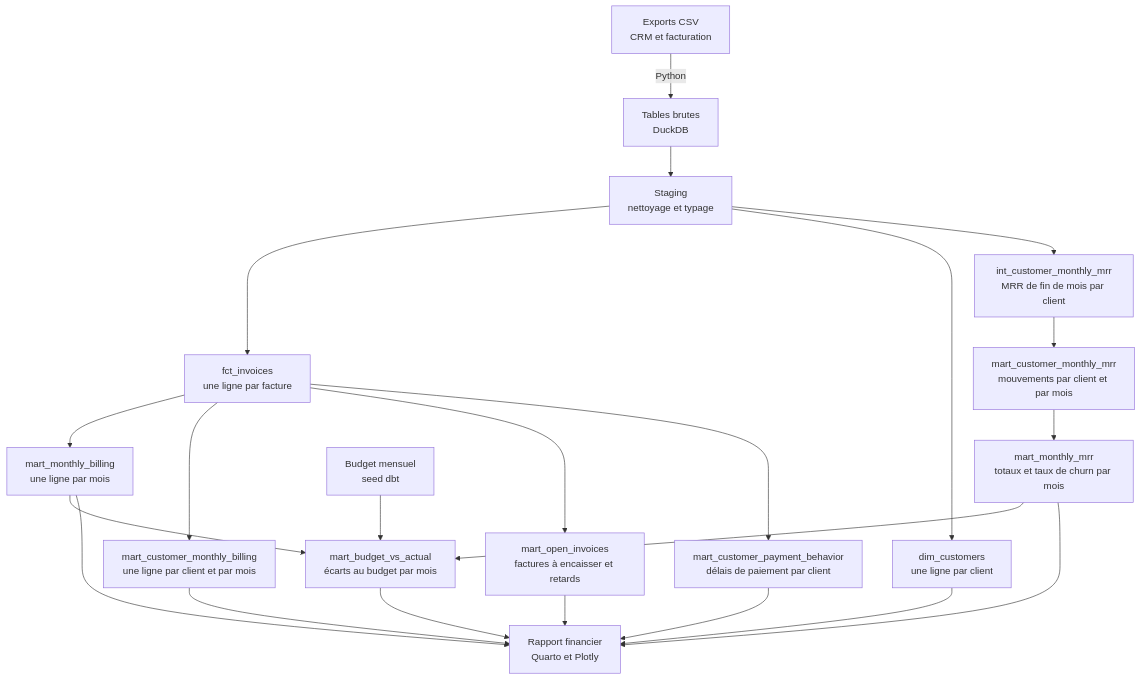
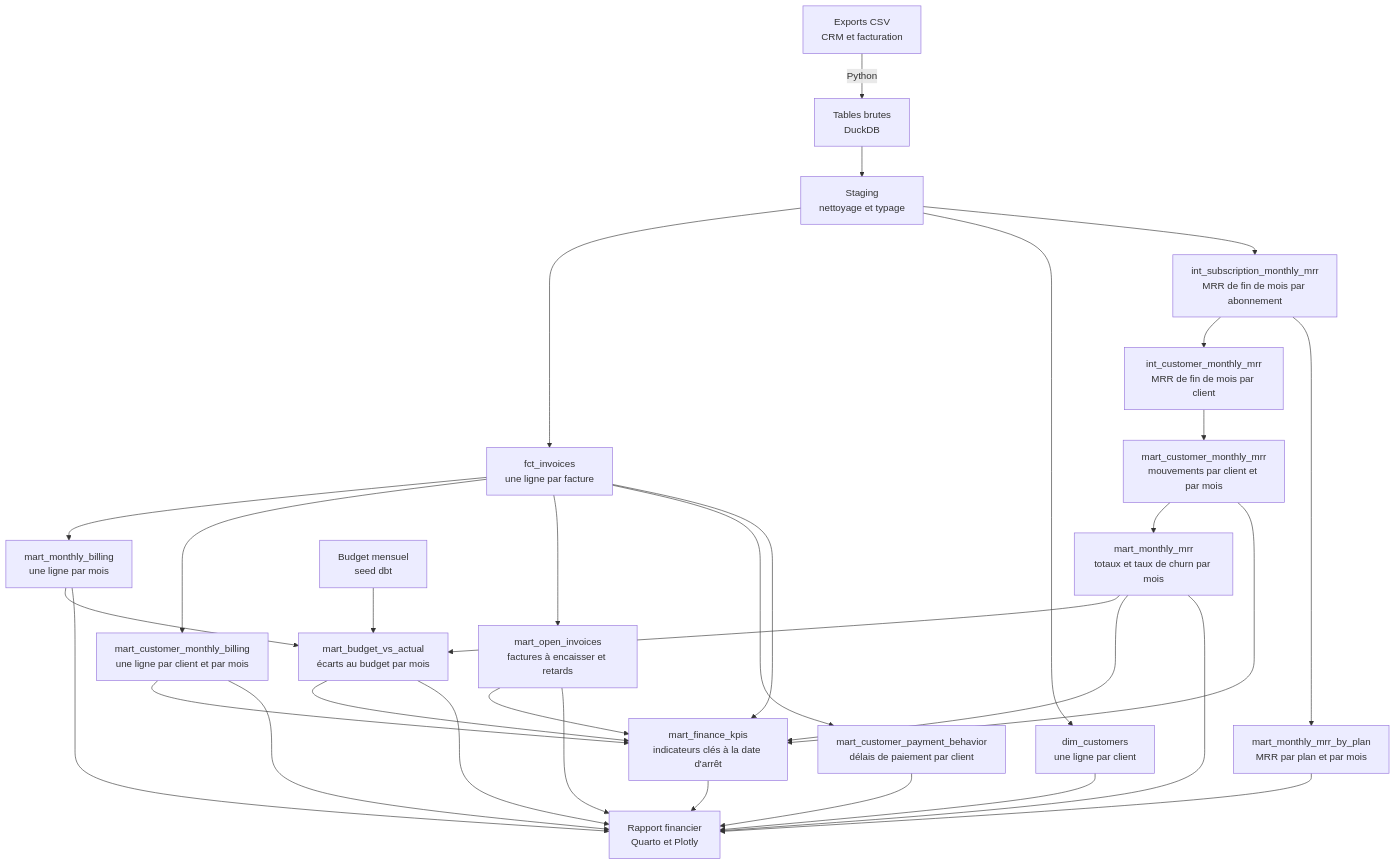
The diagram in README.md (MelvinBrdt/saas-revenue-analytics), drawn with Mermaid before and after one commit. The commit also changed other lines of this file, not shown here.

````diff
--- a/README.md
+++ b/README.md
@@ -116,17 +116,20 @@
 ```mermaid
 flowchart TD
     A[Exports CSV<br>CRM et facturation] -->|Python| B[Tables brutes<br>DuckDB]
     B --> C[Staging<br>nettoyage et typage]
     C --> D[fct_invoices<br>une ligne par facture]
     D --> E[mart_monthly_billing<br>une ligne par mois]
     D --> F[mart_customer_monthly_billing<br>une ligne par client et par mois]
     C --> J[dim_customers<br>une ligne par client]
-    C --> G[int_customer_monthly_mrr<br>MRR de fin de mois par client]
+    C --> P[int_subscription_monthly_mrr<br>MRR de fin de mois par abonnement]
+    P --> G[int_customer_monthly_mrr<br>MRR de fin de mois par client]
+    P --> Q[mart_monthly_mrr_by_plan<br>MRR par plan et par mois]
     G --> H[mart_customer_monthly_mrr<br>mouvements par client et par mois]
     H --> I[mart_monthly_mrr<br>totaux et taux de churn par mois]
     D --> L[mart_open_invoices<br>factures à encaisser et retards]
     D --> M[mart_customer_payment_behavior<br>délais de paiement par client]
     N[Budget mensuel<br>seed dbt] --> O[mart_budget_vs_actual<br>écarts au budget par mois]
     E & I --> O
-    E & F & I & J & L & M & O --> K[Rapport financier<br>Quarto et Plotly]
+    D & F & H & I & L & O --> R[mart_finance_kpis<br>indicateurs clés à la date d'arrêt]
+    E & F & I & J & L & M & O & Q & R --> K[Rapport financier<br>Quarto et Plotly]
 ```
````
